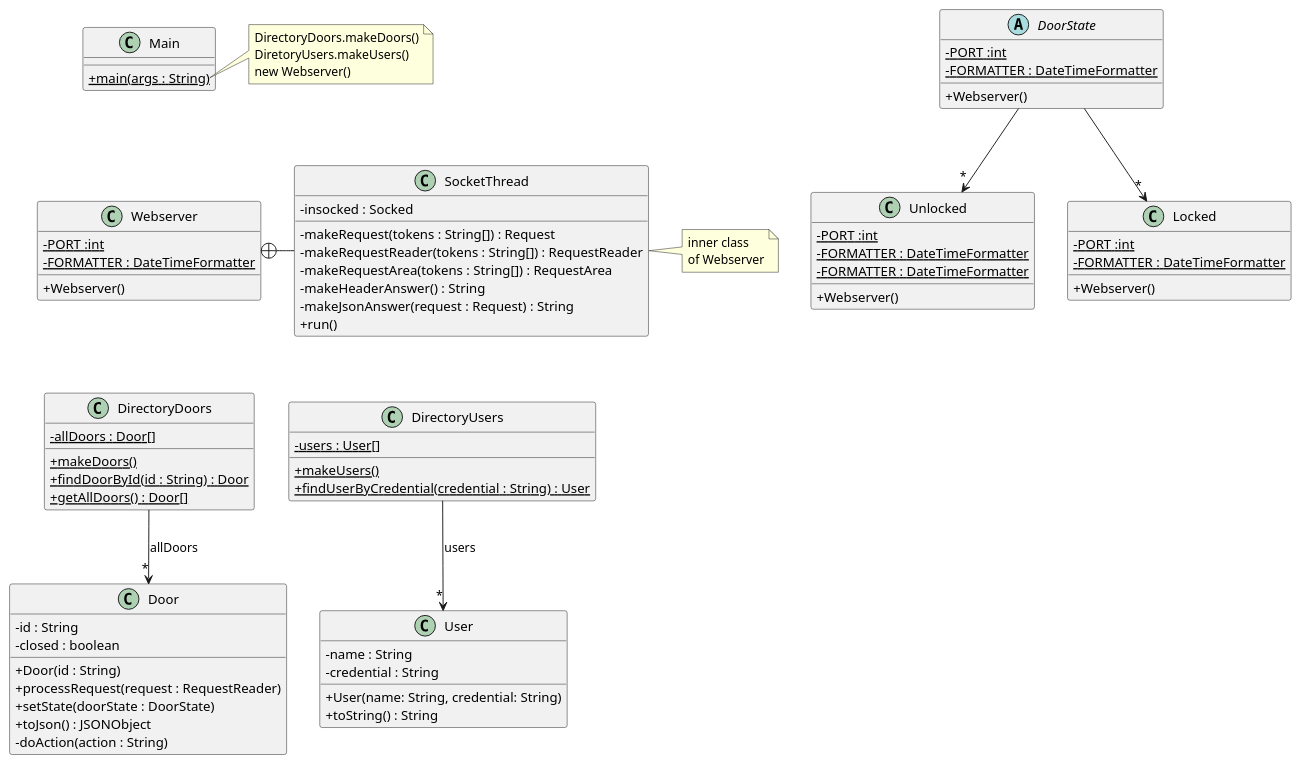
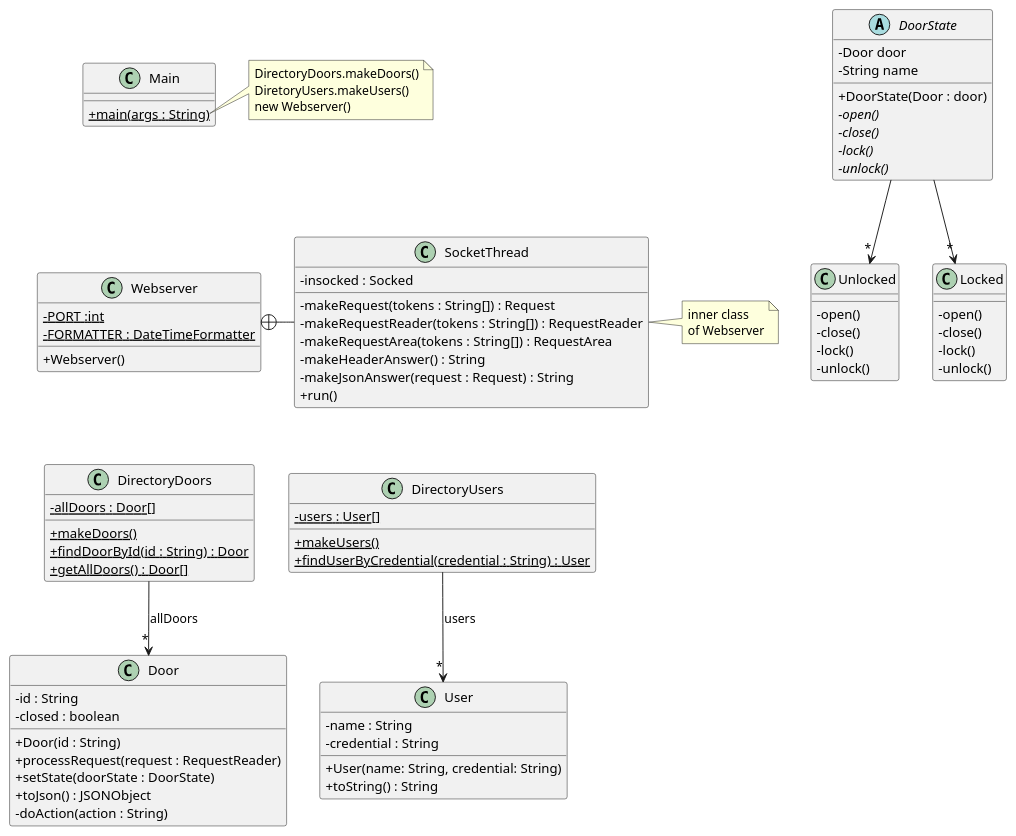
The diagram in src/baseNoStates/uml/base_no_states.puml (marcmejias/acs_students424), drawn with PlantUML before and after one commit.

Commit message:
UML amb el doorstate unlocked i locked

```diff
--- a/src/baseNoStates/uml/base_no_states.puml
+++ b/src/baseNoStates/uml/base_no_states.puml
@@ -1,102 +1,107 @@
 @startuml
 'https://plantuml.com/class-diagram
 skinparam classAttributeIconSize 0
 
 class Webserver {
 - {static} PORT :int
 - {static} FORMATTER : DateTimeFormatter
 + Webserver()
 }
 
 class SocketThread {
 - insocked : Socked
 - makeRequest(tokens : String[]) : Request
 - makeRequestReader(tokens : String[]) : RequestReader
 - makeRequestArea(tokens : String[]) : RequestArea
 - makeHeaderAnswer() : String
 - makeJsonAnswer(request : Request) : String
 + run()
 }
 
 Webserver +-right- SocketThread
 
 note right of SocketThread
 inner class
 of Webserver
 end note
 
 class DirectoryDoors {
 - {static} allDoors : Door[]
 + {static} makeDoors()
 + {static} findDoorById(id : String) : Door
 + {static} getAllDoors() : Door[]
 }
 
 DirectoryDoors --> "*" Door : "allDoors"
 
 class DirectoryUsers {
 - {static} users : User[]
 + {static} makeUsers()
 + {static} findUserByCredential(credential : String) : User
 }
 
 DirectoryUsers --> "*" User : "users"
 
 class Door {
 - id : String
 - closed : boolean
 + Door(id : String)
 + processRequest(request : RequestReader)
 + setState(doorState : DoorState)
 + toJson() : JSONObject
 '+ toString() : String
 '+ isClosed() :boolean
 '+ setClosed(b : boolean)
 '+ getStateName() : String
 - doAction(action : String)
 }
 
 abstract DoorState  {
-- {static} PORT :int
-- {static} FORMATTER : DateTimeFormatter
-+ Webserver()
+- Door door
+- String name
++ DoorState(Door : door)
+- {abstract} open()
+- {abstract} close()
+- {abstract} lock()
+- {abstract} unlock()
 }
 
 DoorState --> "*" Unlocked
 DoorState --> "*" Locked
 
 class Unlocked {
-- {static} PORT :int
-- {static} FORMATTER : DateTimeFormatter
-- {static} FORMATTER : DateTimeFormatter
-+ Webserver()
+- open()
+- close()
+- lock()
+- unlock()
 }
 
 class Locked {
-- {static} PORT :int
-- {static} FORMATTER : DateTimeFormatter
-+ Webserver()
+- open()
+- close()
+- lock()
+- unlock()
 }
 
 class User {
 - name : String
 - credential : String
 + User(name: String, credential: String)
 + toString() : String
 }
 
 
 class Main {
 + {static} main(args : String)
 }
 
 note right of Main::main
 DirectoryDoors.makeDoors()
 DiretoryUsers.makeUsers()
 new Webserver()
 end note
 
 Main -[hidden]down- Webserver
 Webserver -[hidden]down- DirectoryDoors
 DirectoryDoors -[hidden]right- DirectoryUsers
 @enduml
```
